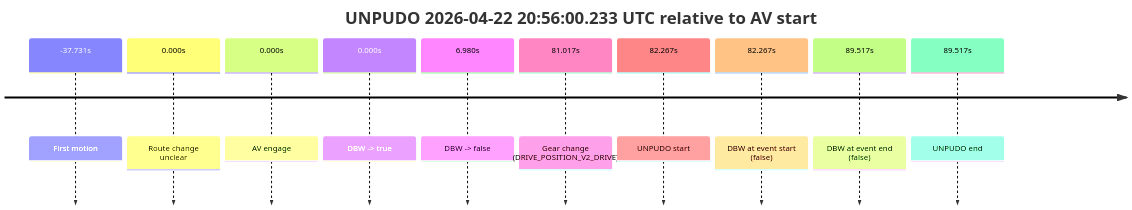
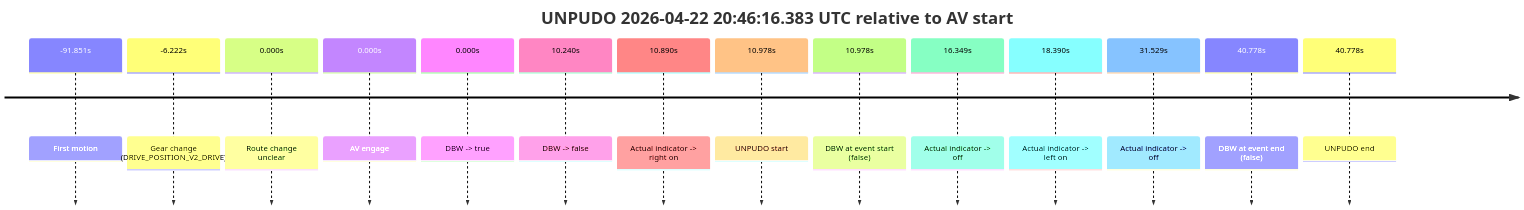
The third of 3 diagrams in model_analysis/report_cards/2026/04/Week-4/fme10003--2026-04-22--20-12-43--gen2-av-3e0a8cb2-409e-4489-9145-f4a94365bc6c.md (yoelshapiro/vault), drawn with Mermaid before and after one commit. The commit also changed other lines of this file and 2 other files, not shown here.

````diff
--- a/model_analysis/report_cards/2026/04/Week-4/fme10003--2026-04-22--20-12-43--gen2-av-3e0a8cb2-409e-4489-9145-f4a94365bc6c.md
+++ b/model_analysis/report_cards/2026/04/Week-4/fme10003--2026-04-22--20-12-43--gen2-av-3e0a8cb2-409e-4489-9145-f4a94365bc6c.md
@@ -779,14 +229,18 @@
 ```mermaid
 timeline
-    title UNPUDO 2026-04-22 20:56:00.233 UTC relative to AV start
-    -37.731s : First motion
+    title UNPUDO 2026-04-22 20:46:16.383 UTC relative to AV start
+    -91.851s : First motion
+    -6.222s : Gear change (DRIVE_POSITION_V2_DRIVE)
     0.000s : Route change unclear
     0.000s : AV engage
     0.000s : DBW -> true
-    6.980s : DBW -> false
-    81.017s : Gear change (DRIVE_POSITION_V2_DRIVE)
-    82.267s : UNPUDO start
-    82.267s : DBW at event start (false)
-    89.517s : DBW at event end (false)
-    89.517s : UNPUDO end
+    10.240s : DBW -> false
+    10.890s : Actual indicator -> right on
+    10.978s : UNPUDO start
+    10.978s : DBW at event start (false)
+    16.349s : Actual indicator -> off
+    18.390s : Actual indicator -> left on
+    31.529s : Actual indicator -> off
+    40.778s : DBW at event end (false)
+    40.778s : UNPUDO end
 ```
````
